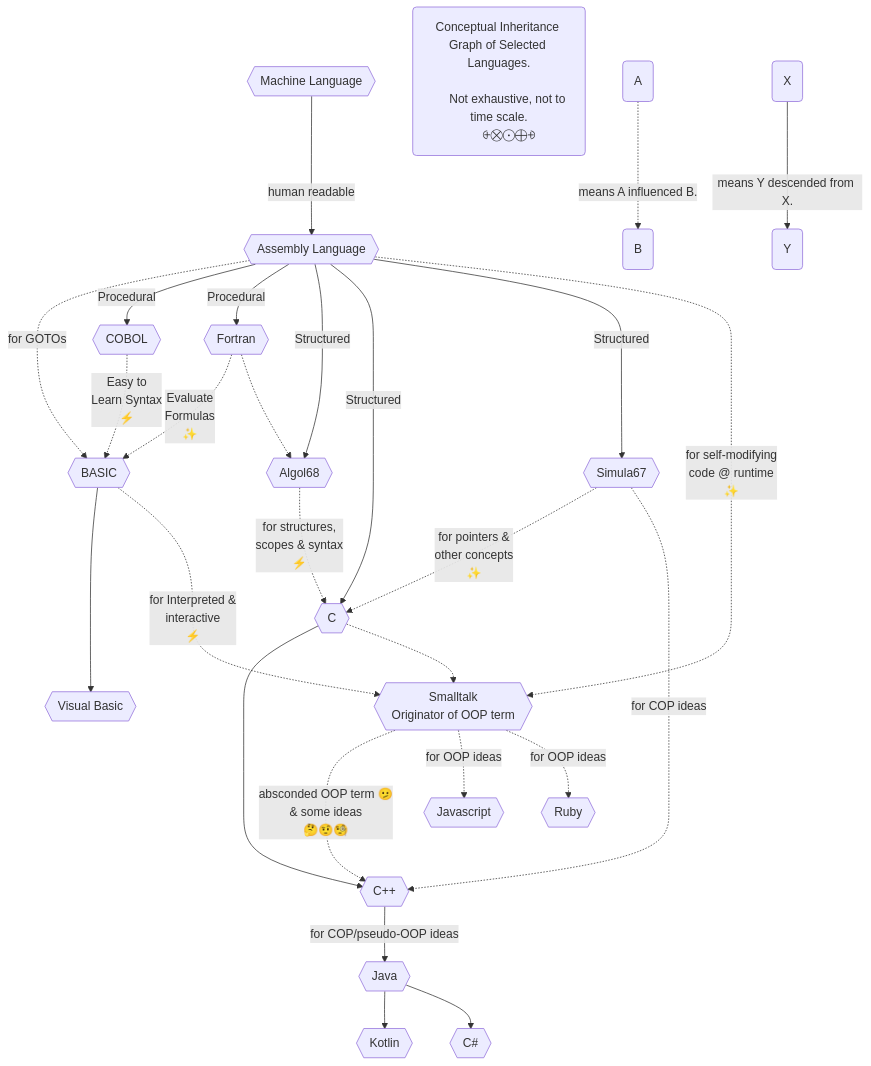
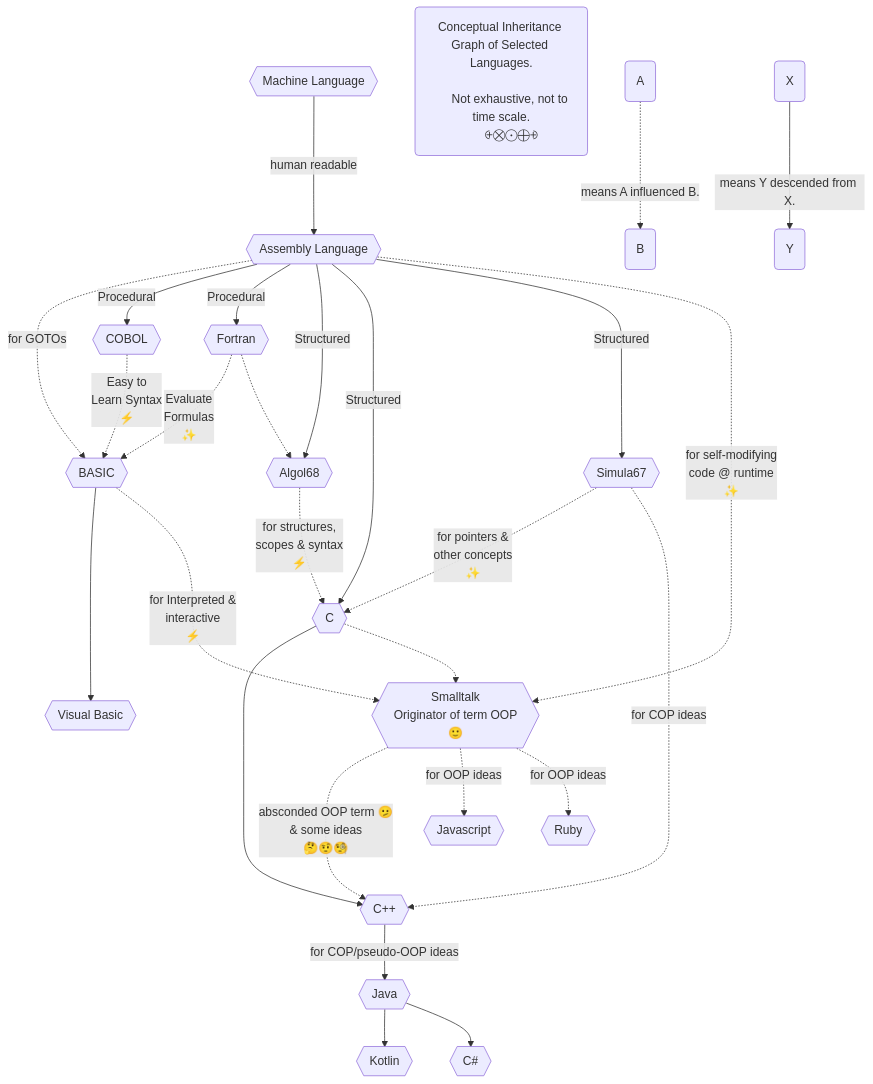
Before and after one commit to realityexpander/How_to_program_from_ground_up: the diagram in 13-Conclusion.md, drawn with Mermaid.

Commit message:
Add emojis

````diff
--- a/13-Conclusion.md
+++ b/13-Conclusion.md
@@ -23,56 +23,57 @@
   ```mermaid
     graph TB
         MachineLanguage{{Machine Language}} -->|human readable| AssemblyLanguage
         AssemblyLanguage{{Assembly Language}} -.->|for GOTOs|Basic
         AssemblyLanguage{{Assembly Language}} -->|Procedural|COBOL
         AssemblyLanguage{{Assembly Language}} -->|Procedural|Fortran
         AssemblyLanguage{{Assembly Language}} -->|Structured|Algol68
         AssemblyLanguage{{Assembly Language}} -->|Structured|C
         AssemblyLanguage{{Assembly Language}} -->|Structured|Simula67
         COBOL{{"COBOL"}} -.->|"Easy to 
                               Learn Syntax
                               ⚡️️"|Basic
         Basic{{"BASIC"}} ---> VisualBasic
         Fortran{{"Fortran"}} -.->|"Evaluate 
                                   Formulas
                                   ✨"|Basic
         Algol68{{Algol68}} -.->|"for structures, 
                                 scopes & syntax
                                 ⚡️️
                                 "|C
         Simula67{{"Simula67"}} -.->|"for pointers & 
                                     other concepts
                                     ✨"|C
         C{{"C"}} -->Cplusplus
         C -.->Smalltalk
         Simula67 -.->|for COP ideas|Cplusplus
         Cplusplus{{"C++"}} -->|for COP/pseudo-OOP ideas|Java
         Smalltalk -..->|"absconded OOP term 🫤 
                         & some ideas
                         🤔🤨🧐"|Cplusplus
         Java{{Java}} -->Kotlin
         Java -->CSharp
         CSharp{{"C#"}}
         Fortran -.->Algol68
         Smalltalk{{"Smalltalk
-                  Originator of OOP term"}} -.->|for OOP ideas|Javascript
+                  Originator of term OOP
+                  🙂"}} -.->|for OOP ideas|Javascript
         Smalltalk -.->|for OOP ideas|Ruby
         Basic -.-> |"for Interpreted & 
                     interactive
                     ⚡️"|Smalltalk
         AssemblyLanguage-.->|"for self-modifying 
                               code @ runtime
                               ✨"|Smalltalk
         Kotlin{{Kotlin}}
         Ruby{{Ruby}}
         Javascript{{Javascript}}
         VisualBasic{{"Visual Basic"}}
     
     Note("Conceptual Inheritance Graph of Selected Languages.
           
           Not exhaustive, not to time scale.
           ⨭⨂⨀⨁⨮")
     A("A") -.-> |means A influenced B.| B("B")
     X("X") --> |means Y descended from X.| Y("Y")
     
   ```
````
